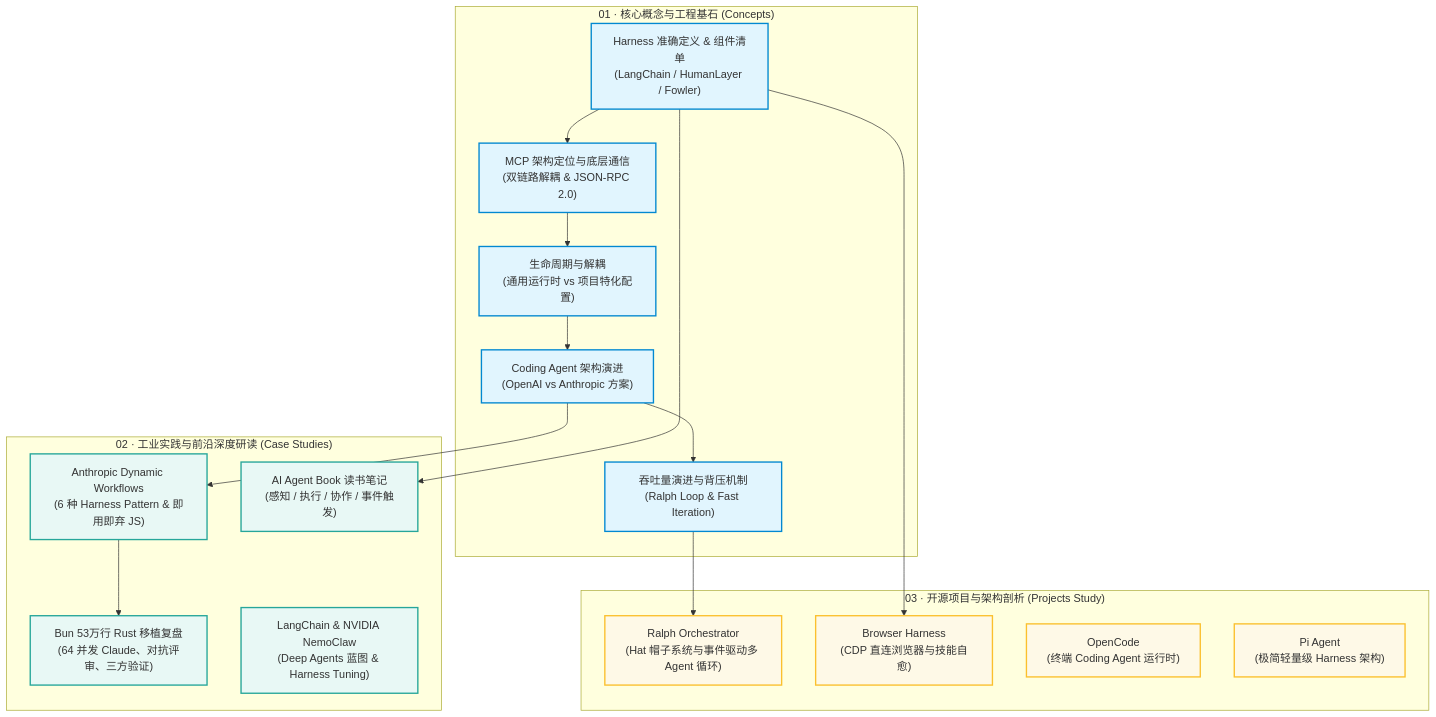
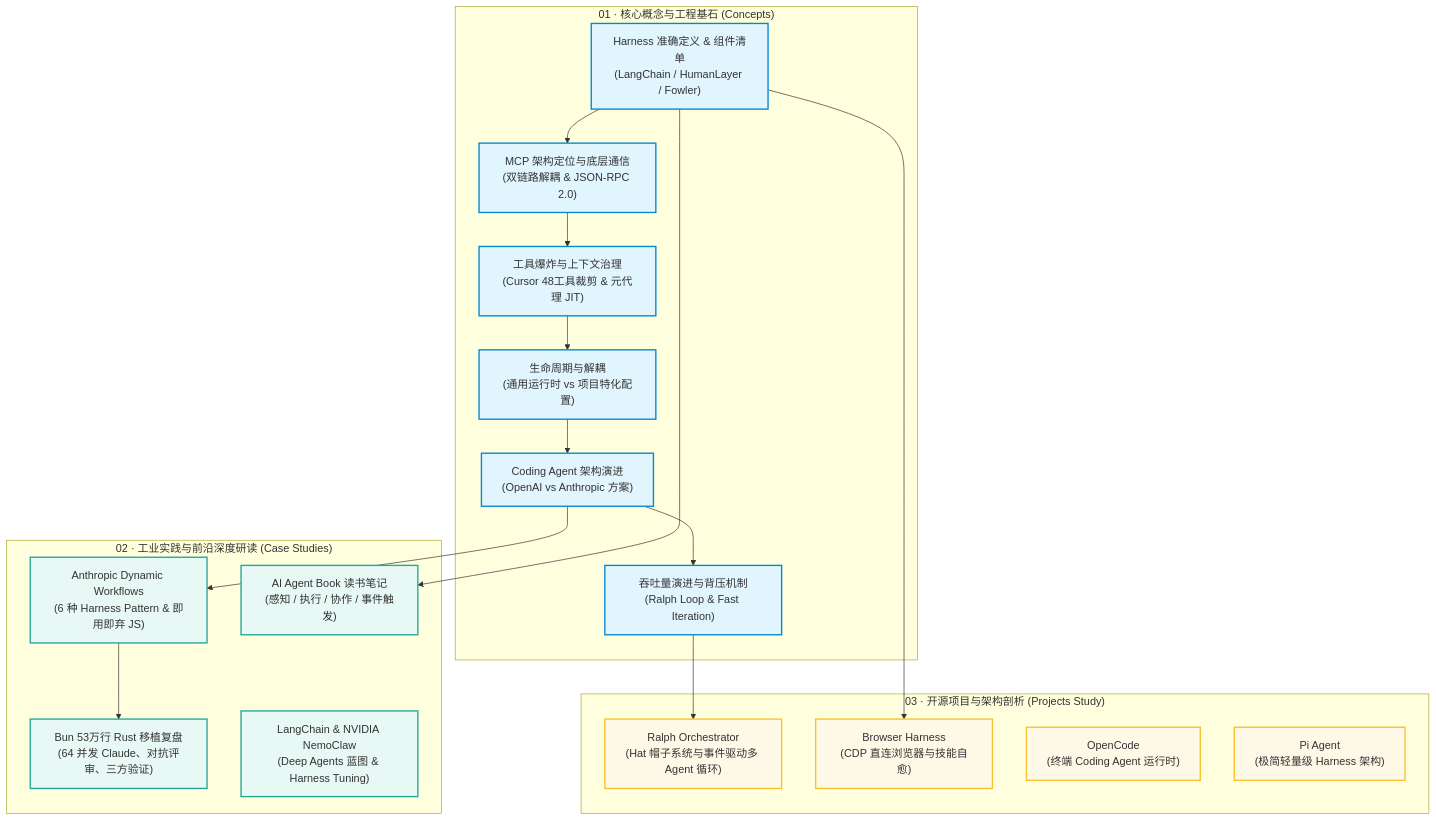
One commit to Yajing-Z/llm-agent-learning changed the diagram in README.md. Above: the diagram before and after it, drawn with Mermaid. The commit also changed other lines of this file and 3 other files, not shown here.

Commit message:
docs: enrich MCP pillars (Resources/Prompts) and add tool governance architecture

````diff
--- a/README.md
+++ b/README.md
@@ -11,34 +11,35 @@
 ```mermaid
 graph TD
     classDef concept fill:#e1f5fe,stroke:#0288d1,stroke-width:2px;
     classDef practice fill:#e8f8f5,stroke:#26a69a,stroke-width:2px;
     classDef project fill:#fef9e7,stroke:#fbc02d,stroke-width:2px;
 
     subgraph C1["01 · 核心概念与工程基石 (Concepts)"]
         HD["Harness 准确定义 & 组件清单<br/>(LangChain / HumanLayer / Fowler)"]:::concept
         MCP["MCP 架构定位与底层通信<br/>(双链路解耦 & JSON-RPC 2.0)"]:::concept
+        TE["工具爆炸与上下文治理<br/>(Cursor 48工具裁剪 & 元代理 JIT)"]:::concept
         HL["生命周期与解耦<br/>(通用运行时 vs 项目特化配置)"]:::concept
         CA["Coding Agent 架构演进<br/>(OpenAI vs Anthropic 方案)"]:::concept
         TP["吞吐量演进与背压机制<br/>(Ralph Loop & Fast Iteration)"]:::concept
     end
 
     subgraph C2["02 · 工业实践与前沿深度研读 (Case Studies)"]
         ADW["Anthropic Dynamic Workflows<br/>(6 种 Harness Pattern & 即用即弃 JS)"]:::practice
         BUN["Bun 53万行 Rust 移植复盘<br/>(64 并发 Claude、对抗评审、三方验证)"]:::practice
         NEMO["LangChain & NVIDIA NemoClaw<br/>(Deep Agents 蓝图 & Harness Tuning)"]:::practice
         BOOK["AI Agent Book 读书笔记<br/>(感知 / 执行 / 协作 / 事件触发)"]:::practice
     end
 
     subgraph C3["03 · 开源项目与架构剖析 (Projects Study)"]
         RALPH["Ralph Orchestrator<br/>(Hat 帽子系统与事件驱动多 Agent 循环)"]:::project
         BROWSER["Browser Harness<br/>(CDP 直连浏览器与技能自愈)"]:::project
         OPENCODE["OpenCode<br/>(终端 Coding Agent 运行时)"]:::project
         PI["Pi Agent<br/>(极简轻量级 Harness 架构)"]:::project
     end
 
-    HD --> MCP --> HL --> CA --> TP
+    HD --> MCP --> TE --> HL --> CA --> TP
     CA --> ADW --> BUN
     TP --> RALPH
     HD --> BROWSER
     HD --> BOOK
 ```
````
